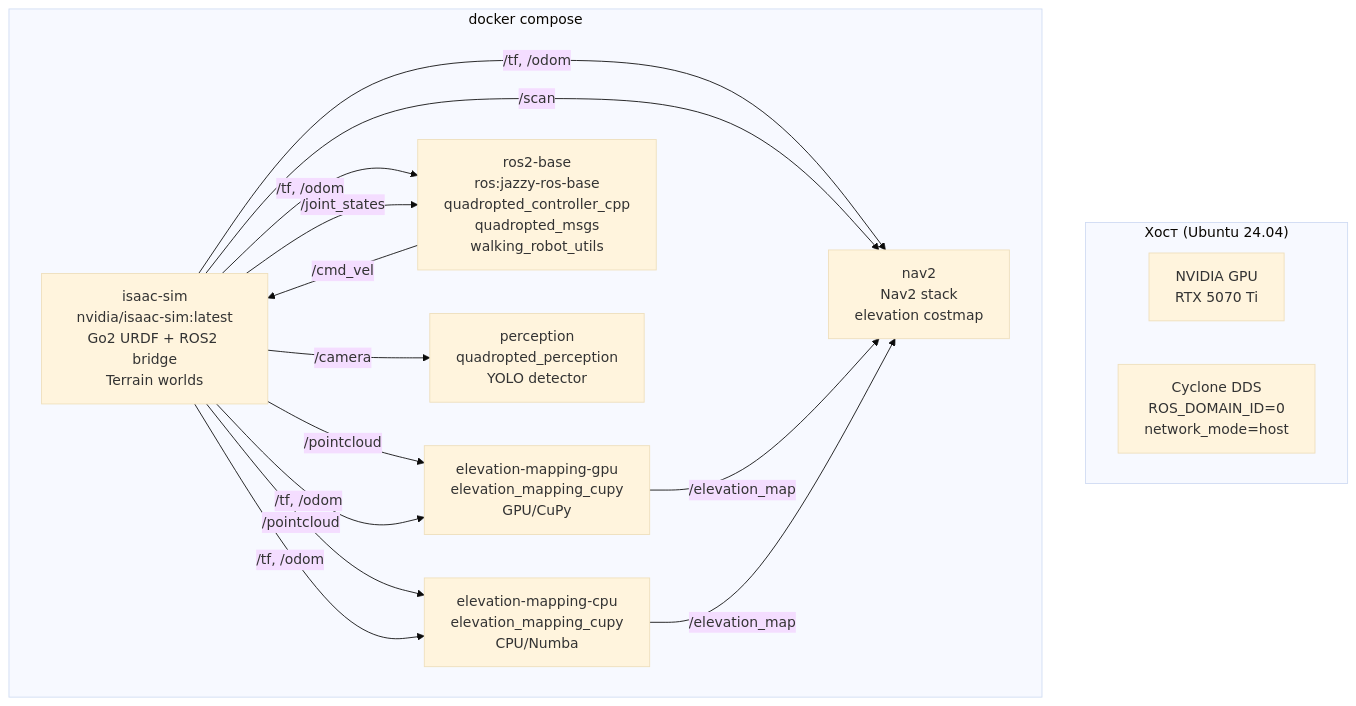
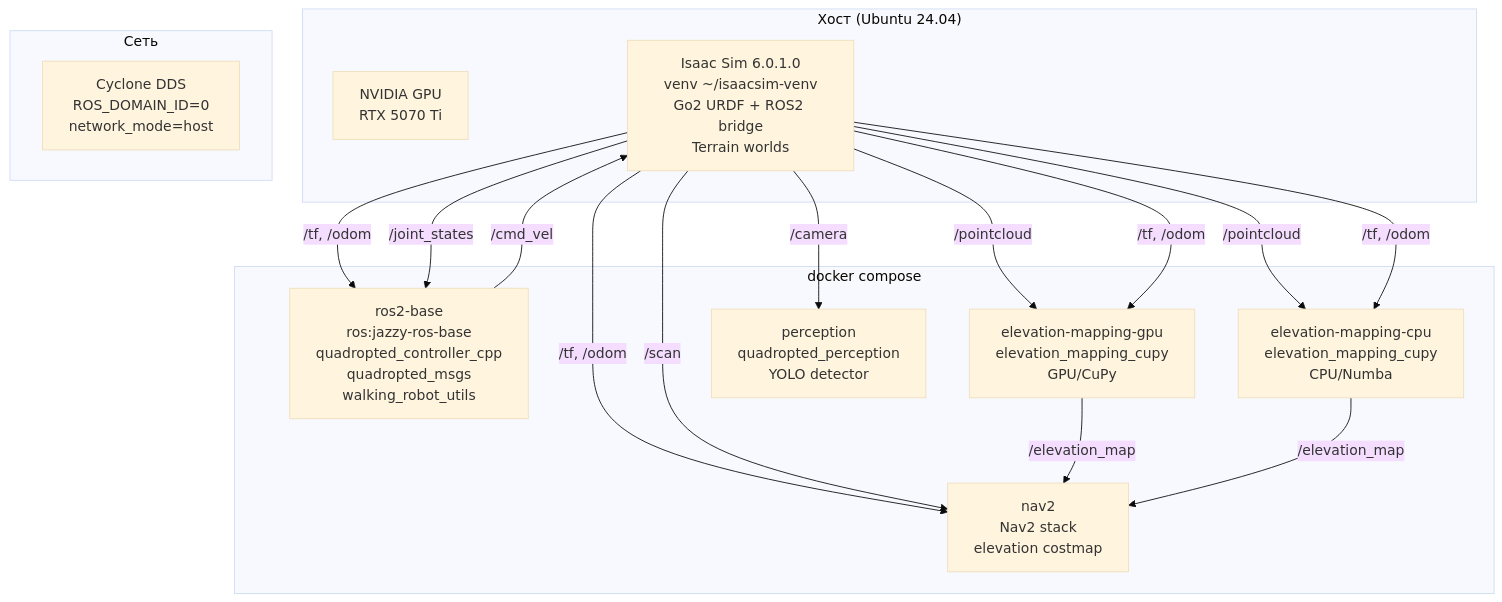
One commit to RedAlexDad/WalkingRobotSim changed the diagram in reports/isaam/2026-07-18_migration-gazebo-to-isaac-plan.md. Above: the diagram before and after it, drawn with Mermaid (base theme). The commit also changed other lines of this file, not shown here.

First line of the commit message:
docs: обновить план — Isaac Sim 6.0.1 в venv, нативный запуск (фаза 1)

````diff
--- a/reports/isaam/2026-07-18_migration-gazebo-to-isaac-plan.md
+++ b/reports/isaam/2026-07-18_migration-gazebo-to-isaac-plan.md
@@ -135,29 +135,32 @@
 ```mermaid
 graph TB
     subgraph "Хост (Ubuntu 24.04)"
         GPU[NVIDIA GPU<br>RTX 5070 Ti]
-        DDS[Cyclone DDS<br>ROS_DOMAIN_ID=0<br>network_mode=host]
+        ISAAC[Isaac Sim 6.0.1.0<br>venv ~/isaacsim-venv<br>Go2 URDF + ROS2 bridge<br>Terrain worlds]
     end
 
     subgraph "docker compose"
-        ISAAC[isaac-sim<br>nvidia/isaac-sim:latest<br>Go2 URDF + ROS2 bridge<br>Terrain worlds]
         ROS[ros2-base<br>ros:jazzy-ros-base<br>quadropted_controller_cpp<br>quadropted_msgs<br>walking_robot_utils]
         EL[elevation-mapping-gpu<br>elevation_mapping_cupy<br>GPU/CuPy]
         EL_CPU[elevation-mapping-cpu<br>elevation_mapping_cupy<br>CPU/Numba]
         NAV[nav2<br>Nav2 stack<br>elevation costmap]
         YOLO[perception<br>quadropted_perception<br>YOLO detector]
     end
 
     ISAAC -- /pointcloud --> EL
     ISAAC -- /pointcloud --> EL_CPU
     ISAAC -- /tf, /odom --> EL
     ISAAC -- /tf, /odom --> EL_CPU
     ISAAC -- /tf, /odom --> ROS
     ISAAC -- /tf, /odom --> NAV
     ISAAC -- /scan --> NAV
     ISAAC -- /camera --> YOLO
     ISAAC -- /joint_states --> ROS
     ROS -- /cmd_vel --> ISAAC
     EL -- /elevation_map --> NAV
     EL_CPU -- /elevation_map --> NAV
+
+    subgraph "Сеть"
+        DDS[Cyclone DDS<br>ROS_DOMAIN_ID=0<br>network_mode=host]
+    end
 ```
````
